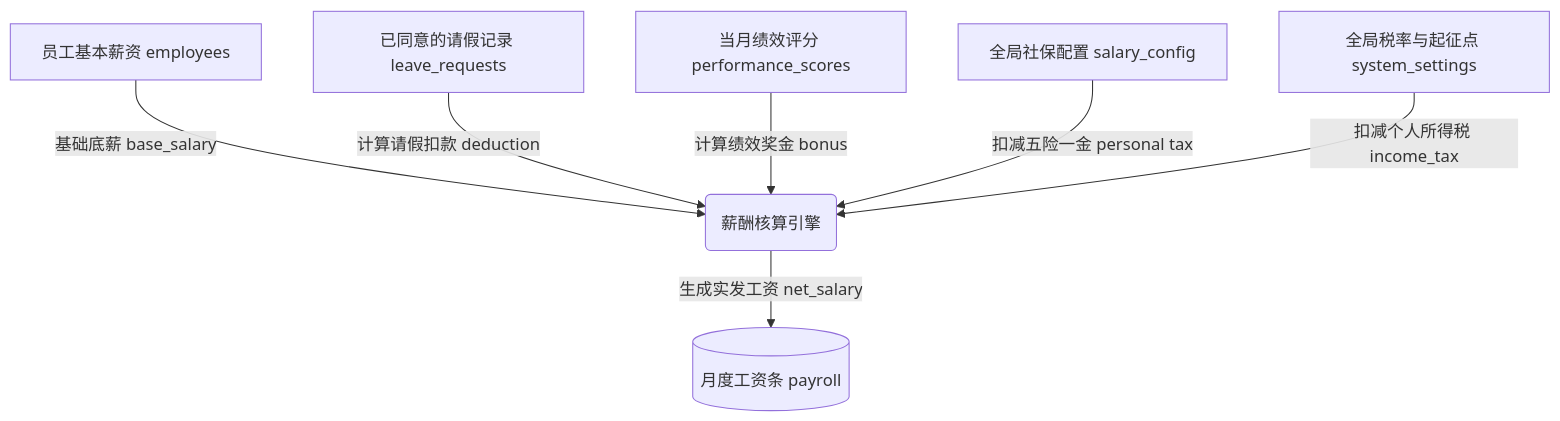
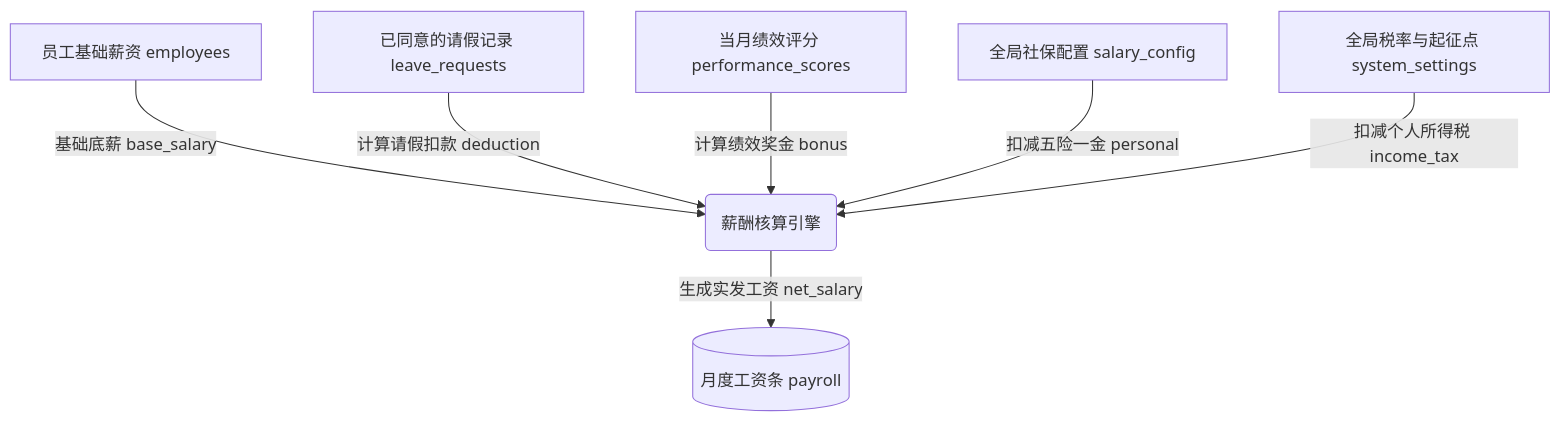
One commit to Villager119/sdu-cs-human-resource-management-system-project changed the third of 3 diagrams in docs/SRS草稿.md. Above: the diagram before and after it, drawn with Mermaid. The commit also changed other lines of this file and 34 other files, not shown here.

````diff
--- a/docs/SRS草稿.md
+++ b/docs/SRS草稿.md
@@ -652,9 +1042,9 @@
 ```mermaid
 graph TD
-    A[员工基本薪资 employees] -->|基础底薪 base_salary| D(薪酬核算引擎)
+    A[员工基础薪资 employees] -->|基础底薪 base_salary| D(薪酬核算引擎)
     B[已同意的请假记录 leave_requests] -->|计算请假扣款 deduction| D
     C[当月绩效评分 performance_scores] -->|计算绩效奖金 bonus| D
-    E[全局社保配置 salary_config] -->|扣减五险一金 personal tax| D
+    E[全局社保配置 salary_config] -->|扣减五险一金 personal| D
     F[全局税率与起征点 system_settings] -->|扣减个人所得税 income_tax| D
     D -->|生成实发工资 net_salary| G[(月度工资条 payroll)]
 ```
````
